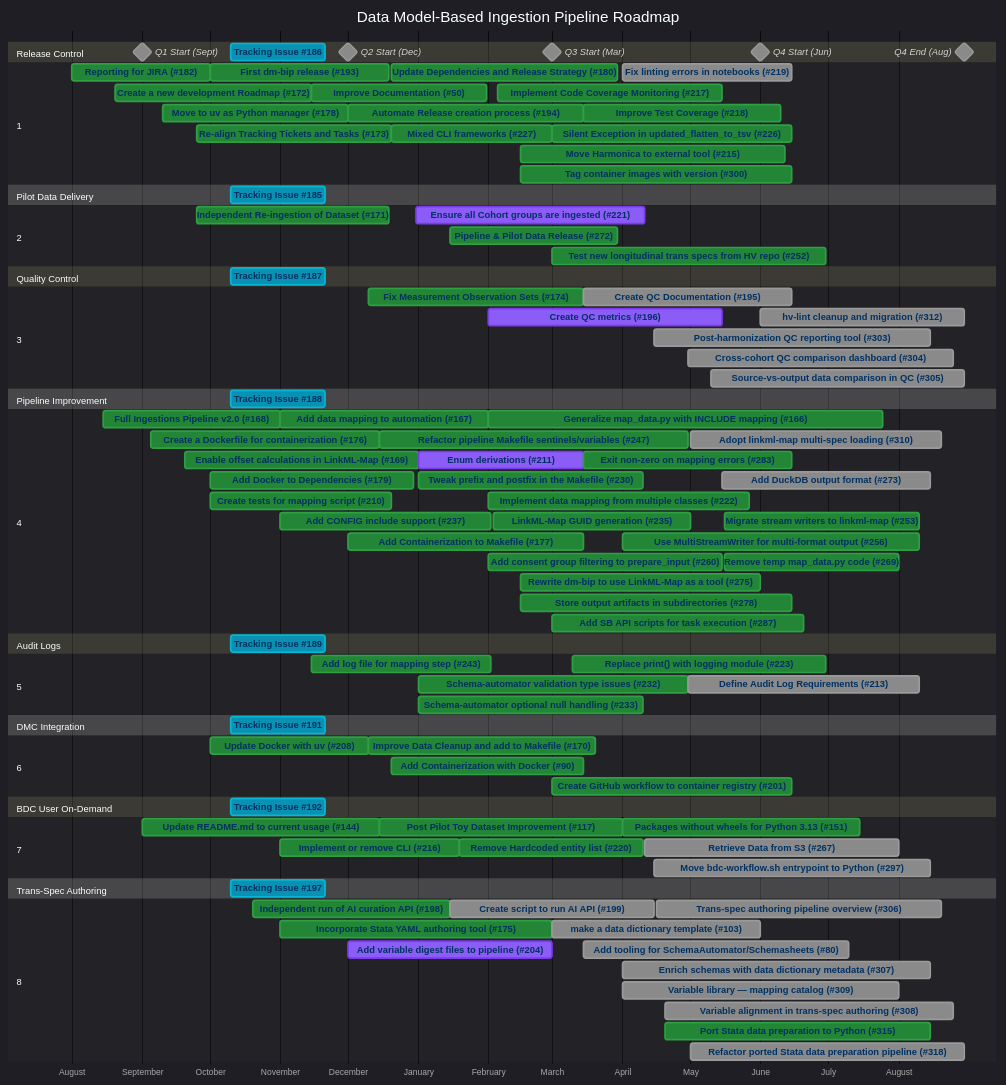
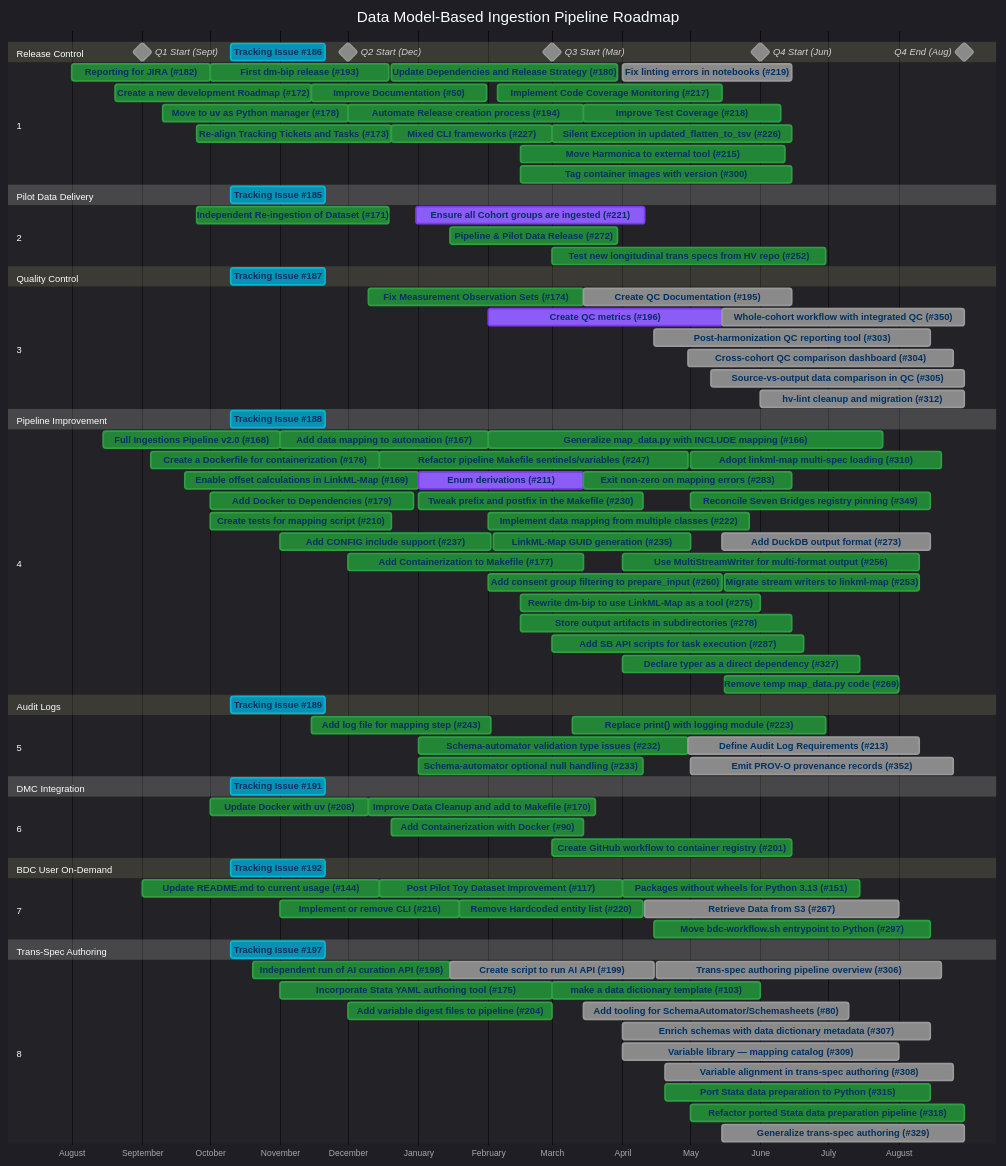
One commit to linkml/dm-bip changed the diagram in DEVELOPMENT.md. Above: the diagram before and after it, drawn with Mermaid. The commit also changed other lines of this file and 1 other file, not shown here.

First line of the commit message:
Sync roadmap (August 2026) and add a Future Work section

```diff
--- a/DEVELOPMENT.md
+++ b/DEVELOPMENT.md
@@ -72,6 +72,7 @@
     Cross-cohort QC comparison dashboard (#304)         :i304, 2026-04-30, 2026-08-25
     Source-vs-output data comparison in QC (#305)       :i305, 2026-05-10, 2026-08-30
     hv-lint cleanup and migration (#312)                :i312, 2026-06-01, 2026-08-30
+    Whole-cohort workflow with integrated QC (#350)     :i350, 2026-05-15, 2026-08-30
 
     section Pipeline Improvement
     Tracking Issue #188                     :crit, t188, 2025-10-10, 6w
@@ -100,7 +101,9 @@
     Exit non-zero on mapping errors (#283)               :done, i283, 2026-03-15, 2026-06-15
     Add SB API scripts for task execution (#287)         :done, i287, 2026-03-01, 2026-06-20
     Add DuckDB output format (#273)                      :i273, 2026-05-15, 2026-08-15
-    Adopt linkml-map multi-spec loading (#310)           :i310, 2026-05-01, 2026-08-20
+    Adopt linkml-map multi-spec loading (#310)           :done, i310, 2026-05-01, 2026-08-20
+    Declare typer as a direct dependency (#327)          :done, i327, 2026-04-01, 2026-07-15
+    Reconcile Seven Bridges registry pinning (#349)      :done, i349, 2026-05-01, 2026-08-15
 
     section Audit Logs
     Tracking Issue #189                     :crit, t189, 2025-10-10, 6w
@@ -111,6 +114,7 @@
     Add log file for mapping step (#243)               :done, i243, 2025-11-15, 2026-02-02
     Schema-automator validation type issues (#232)     :done, i232, 2026-01-01, 2026-04-30
     Schema-automator optional null handling (#233)     :done, i233, 2026-01-01, 2026-04-10
+    Emit PROV-O provenance records (#352)              :i352, 2026-05-01, 2026-08-25
 
     section DMC Integration
     Tracking Issue #191                     :crit, t191, 2025-10-10, 6w
@@ -131,7 +135,7 @@
     Implement or remove CLI (#216)                     :done, i216, 2025-11-01, 2026-01-19
     Remove Hardcoded entity list (#220)                :done, i220, 2026-01-19, 2026-04-10
     Retrieve Data from S3 (#267)                       :i267, 2026-04-11, 2026-08-01
-    Move bdc-workflow.sh entrypoint to Python (#297)   :i297, 2026-04-15, 2026-08-15
+    Move bdc-workflow.sh entrypoint to Python (#297)   :done, i297, 2026-04-15, 2026-08-15
 
     section Trans-Spec Authoring
     Tracking Issue #197                     :crit, t197, 2025-10-10, 6w
@@ -141,14 +145,15 @@
     Incorporate Stata YAML authoring tool (#175)        :done, i175, 2025-11-01, 2026-03-01
     Create script to run AI API (#199)                  :i199, 2026-01-15, 2026-04-15
     Add tooling for SchemaAutomator/Schemasheets (#80)  :i80, 2026-03-15, 2026-07-10
-    make a data dictionary template (#103)              :i103, 2026-03-01, 2026-06-01
-    Add variable digest files to pipeline (#204)        :active, i204, 2025-12-01, 2026-03-01
+    make a data dictionary template (#103)              :done, i103, 2026-03-01, 2026-06-01
+    Add variable digest files to pipeline (#204)        :done, i204, 2025-12-01, 2026-03-01
     Trans-spec authoring pipeline overview (#306)       :i306, 2026-04-16, 2026-08-20
     Enrich schemas with data dictionary metadata (#307) :i307, 2026-04-01, 2026-08-15
     Variable alignment in trans-spec authoring (#308)   :i308, 2026-04-20, 2026-08-25
     Variable library — mapping catalog (#309)           :i309, 2026-04-01, 2026-08-01
     Port Stata data preparation to Python (#315)        :done, i315, 2026-04-20, 2026-08-15
-    Refactor ported Stata data preparation pipeline (#318) :i318, 2026-05-01, 2026-08-30
+    Refactor ported Stata data preparation pipeline (#318) :done, i318, 2026-05-01, 2026-08-30
+    Generalize trans-spec authoring (#329)              :i329, 2026-05-15, 2026-08-30
 
     click t186 href "https://github.com/linkml/dm-bip/issues/186"
     click t185 href "https://github.com/linkml/dm-bip/issues/185"
@@ -236,6 +241,11 @@
     click i312 href "https://github.com/linkml/dm-bip/issues/312"
     click i315 href "https://github.com/linkml/dm-bip/issues/315"
     click i318 href "https://github.com/linkml/dm-bip/issues/318"
+    click i327 href "https://github.com/linkml/dm-bip/issues/327"
+    click i329 href "https://github.com/linkml/dm-bip/issues/329"
+    click i349 href "https://github.com/linkml/dm-bip/issues/349"
+    click i350 href "https://github.com/linkml/dm-bip/issues/350"
+    click i352 href "https://github.com/linkml/dm-bip/issues/352"
 
     axisFormat %B
     tickInterval 1month
```
